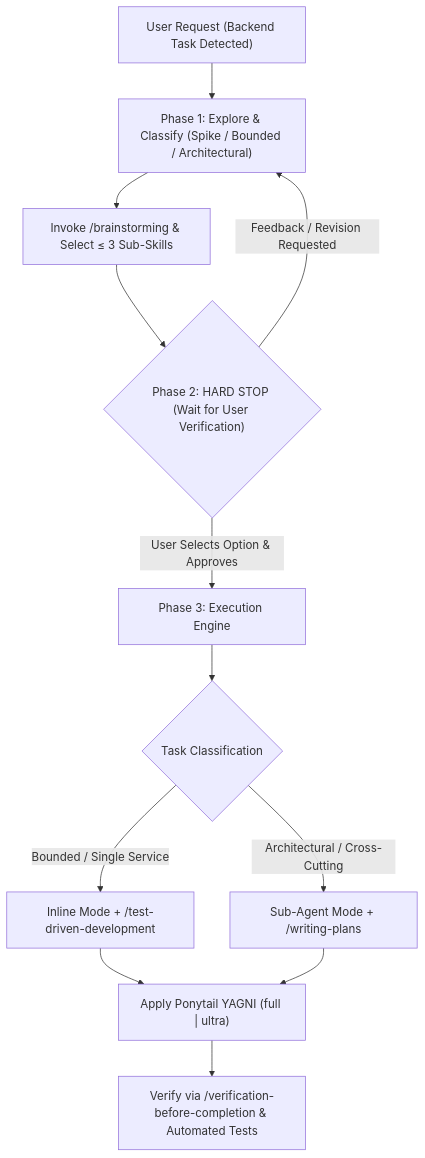
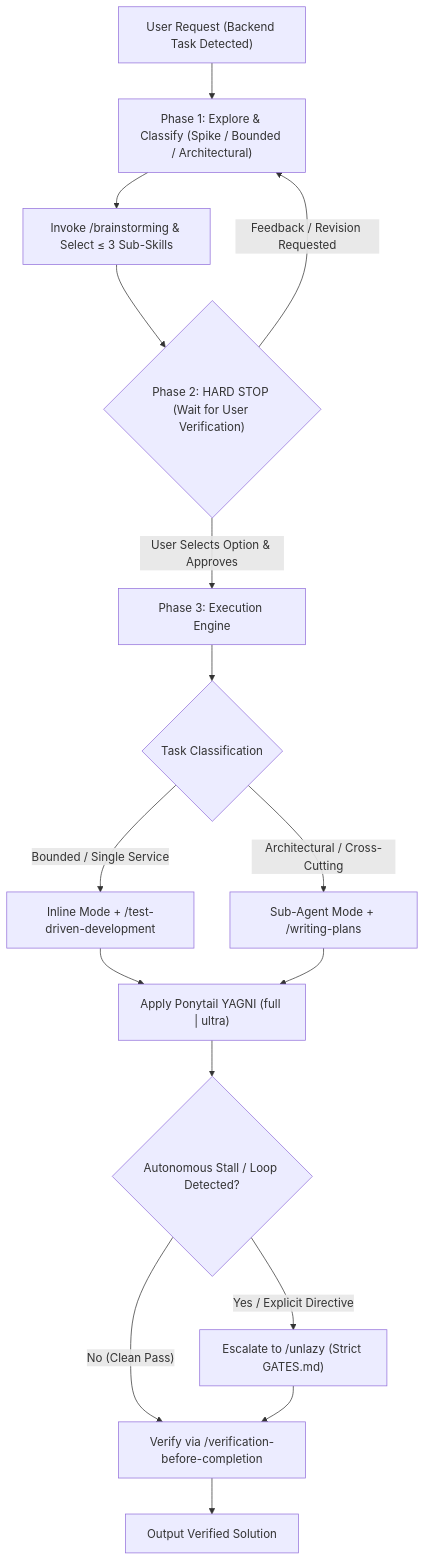
The first of 2 diagrams in README.md (vatsalmehta09/Backend-Master), drawn with Mermaid before and after one commit. The commit also changed other lines of this file and 2 other files, not shown here.

Commit message:
feat: implement in-session memory (LTM/STM), optional graft recommendation, and unlazy circuit breaker

````diff
--- a/README.md
+++ b/README.md
@@ -75,14 +107,18 @@
 ```mermaid
 flowchart TD
     A["User Request (Backend Task Detected)"] --> B["Phase 1: Explore & Classify (Spike / Bounded / Architectural)"]
     B --> C["Invoke /brainstorming & Select ≤ 3 Sub-Skills"]
     C --> D{"Phase 2: HARD STOP (Wait for User Verification)"}
     D -- "User Selects Option & Approves" --> E["Phase 3: Execution Engine"]
     D -- "Feedback / Revision Requested" --> B
     E --> F{"Task Classification"}
     F -- "Bounded / Single Service" --> G["Inline Mode + /test-driven-development"]
     F -- "Architectural / Cross-Cutting" --> H["Sub-Agent Mode + /writing-plans"]
     G --> I["Apply Ponytail YAGNI (full | ultra)"]
     H --> I
-    I --> J["Verify via /verification-before-completion & Automated Tests"]
+    I --> J{"Autonomous Stall / Loop Detected?"}
+    J -- "Yes / Explicit Directive" --> K["Escalate to /unlazy (Strict GATES.md)"]
+    J -- "No (Clean Pass)" --> L["Verify via /verification-before-completion"]
+    K --> L
+    L --> M["Output Verified Solution"]
 ```
````
